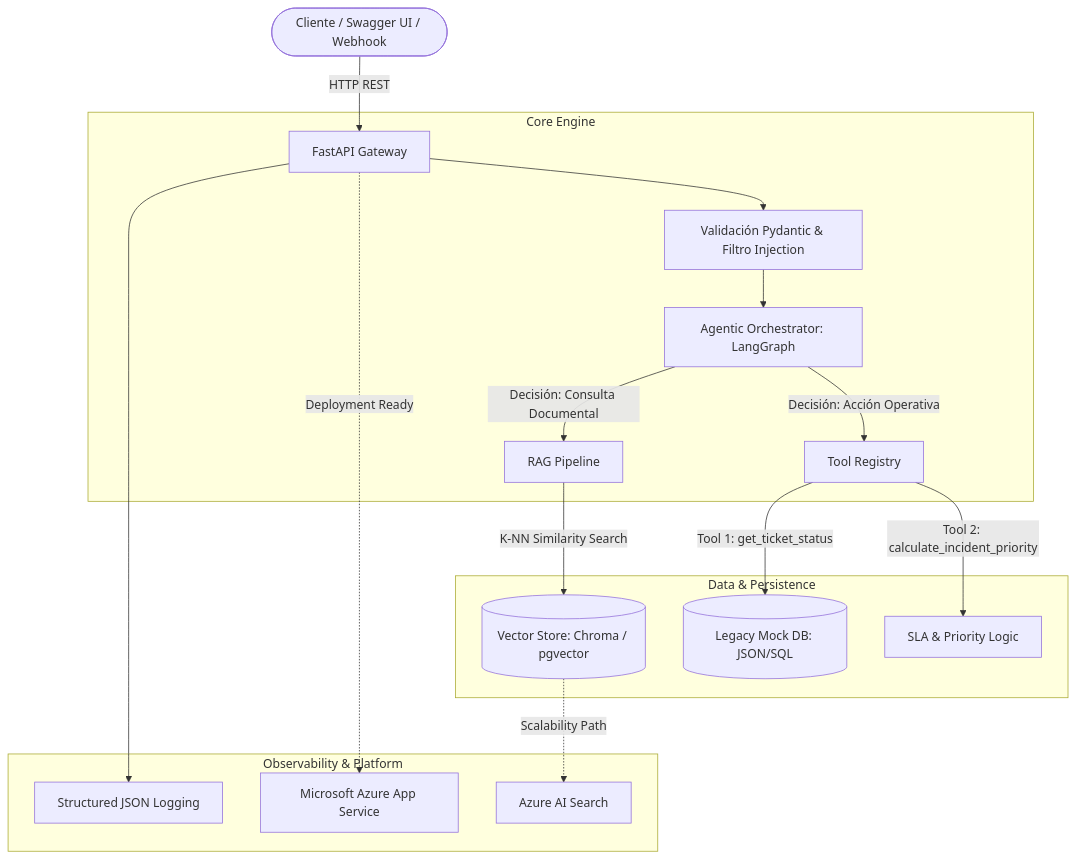
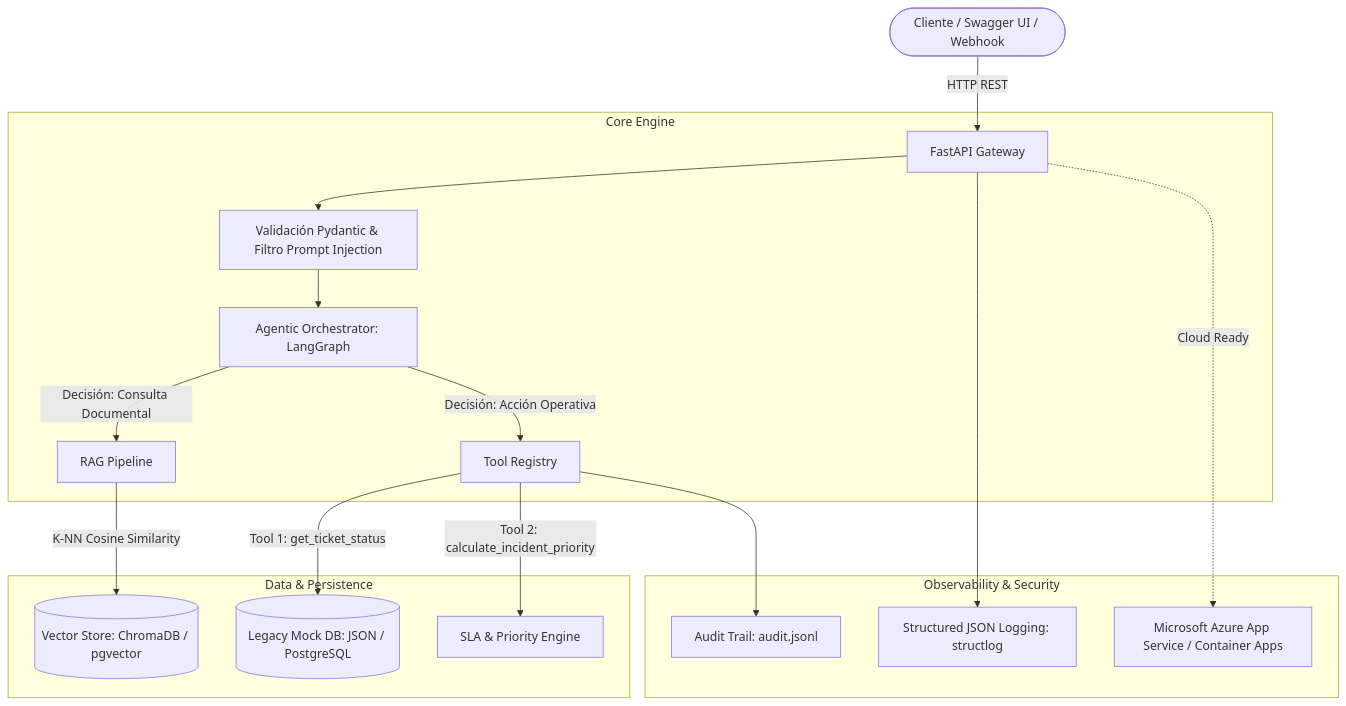
Before and after one commit to Beto18v/i-cloud-seven-ai-agent: the first of 2 diagrams in README.md, drawn with Mermaid. The commit also changed other lines of this file, not shown here.

````diff
--- a/README.md
+++ b/README.md
@@ -11,24 +9,24 @@
 ```mermaid
 graph TD
     User([Cliente / Swagger UI / Webhook]) -->|HTTP REST| API[FastAPI Gateway]
     
     subgraph Core Engine
-        API --> Guardrails[Validación Pydantic & Filtro Injection]
+        API --> Guardrails[Validación Pydantic & Filtro Prompt Injection]
         Guardrails --> Agent[Agentic Orchestrator: LangGraph]
         
         Agent -->|Decisión: Consulta Documental| RAG[RAG Pipeline]
         Agent -->|Decisión: Acción Operativa| Tools[Tool Registry]
     end
 
     subgraph Data & Persistence
-        RAG -->|K-NN Similarity Search| VectorDB[(Vector Store: Chroma / pgvector)]
-        Tools -->|Tool 1: get_ticket_status| MockDB[(Legacy Mock DB: JSON/SQL)]
-        Tools -->|Tool 2: calculate_incident_priority| RuleEngine[SLA & Priority Logic]
+        RAG -->|K-NN Cosine Similarity| VectorDB[(Vector Store: ChromaDB / pgvector)]
+        Tools -->|Tool 1: get_ticket_status| MockDB[(Legacy Mock DB: JSON / PostgreSQL)]
+        Tools -->|Tool 2: calculate_incident_priority| RuleEngine[SLA & Priority Engine]
     end
 
-    subgraph Observability & Platform
-        API --> Logger[Structured JSON Logging]
-        API -.->|Deployment Ready| AzureAppService[Microsoft Azure App Service]
-        VectorDB -.->|Scalability Path| AzureAISearch[Azure AI Search]
+    subgraph Observability & Security
+        API --> Logger[Structured JSON Logging: structlog]
+        Tools --> Audit[Audit Trail: audit.jsonl]
+        API -.->|Cloud Ready| AzureDeploy[Microsoft Azure App Service / Container Apps]
     end
 ```
````
